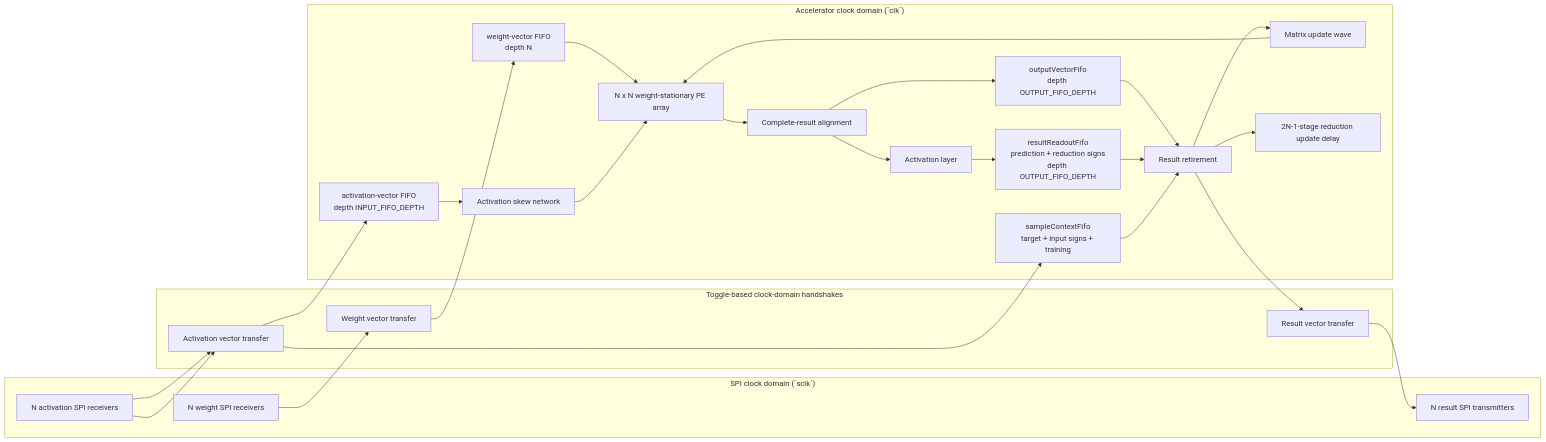
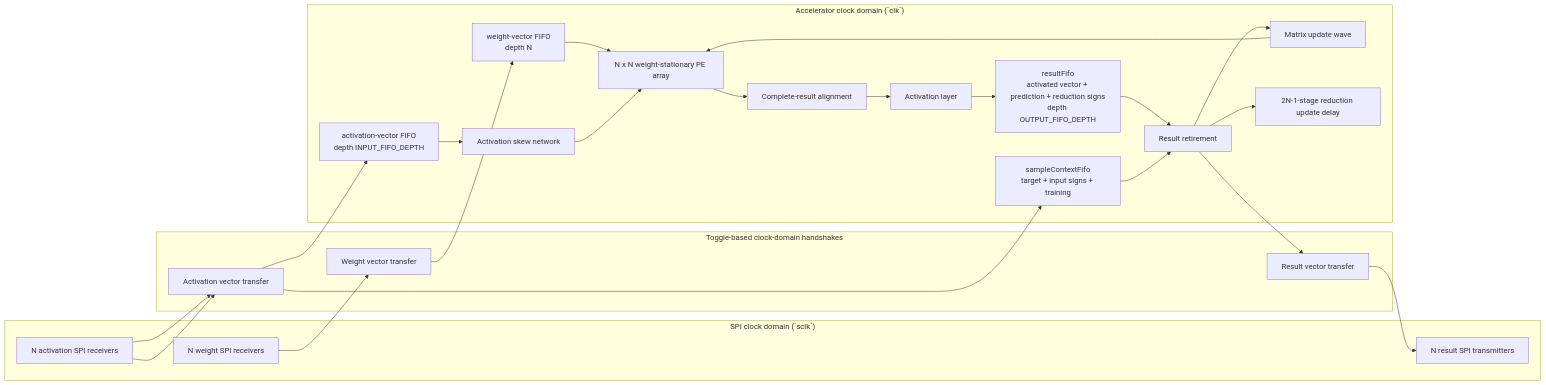
One commit to aHighHooman/NN-Acceleration changed the first of 3 diagrams in README.md. Above: the diagram before and after it, drawn with Mermaid. The commit also changed other lines of this file and 11 other files, not shown here.

Commit message:
Phase 6P: collapse split result storage into one accelerator-owned result FIFO

````diff
--- a/README.md
+++ b/README.md
@@ -7,38 +7,36 @@
 ```mermaid
 flowchart LR
     subgraph SPI["SPI clock domain (`sclk`)"]
         W_RX["N weight SPI receivers"]
         A_RX["N activation SPI receivers"]
         R_TX["N result SPI transmitters"]
     end
 
     subgraph CDC["Toggle-based clock-domain handshakes"]
         W_CDC["Weight vector transfer"]
         A_CDC["Activation vector transfer"]
         R_CDC["Result vector transfer"]
     end
 
     subgraph CORE["Accelerator clock domain (`clk`)"]
         W_FIFO["weight-vector FIFO<br/>depth N"]
         A_FIFO["activation-vector FIFO<br/>depth INPUT_FIFO_DEPTH"]
         S_FIFO["sampleContextFifo<br/>target + input signs + training"]
         SKEW["Activation skew network"]
         ARRAY["N x N weight-stationary PE array"]
         ALIGN["Complete-result alignment"]
-        O_FIFO["outputVectorFifo<br/>depth OUTPUT_FIFO_DEPTH"]
         ACT["Activation layer"]
-        READOUT["resultReadoutFifo<br/>prediction + reduction signs<br/>depth OUTPUT_FIFO_DEPTH"]
+        RESULT_FIFO["resultFifo<br/>activated vector + prediction + reduction signs<br/>depth OUTPUT_FIFO_DEPTH"]
         RETIRE["Result retirement"]
         M_UPDATE["Matrix update wave"]
         R_UPDATE["2N-1-stage reduction update delay"]
     end
 
     W_RX --> W_CDC --> W_FIFO --> ARRAY
     A_RX --> A_CDC --> A_FIFO --> SKEW --> ARRAY
     A_RX --> A_CDC --> S_FIFO
-    ARRAY --> ALIGN --> O_FIFO --> RETIRE --> R_CDC --> R_TX
-    ALIGN --> ACT --> READOUT --> RETIRE
+    ARRAY --> ALIGN --> ACT --> RESULT_FIFO --> RETIRE --> R_CDC --> R_TX
     S_FIFO --> RETIRE
     RETIRE --> M_UPDATE --> ARRAY
     RETIRE --> R_UPDATE
 ```
````
